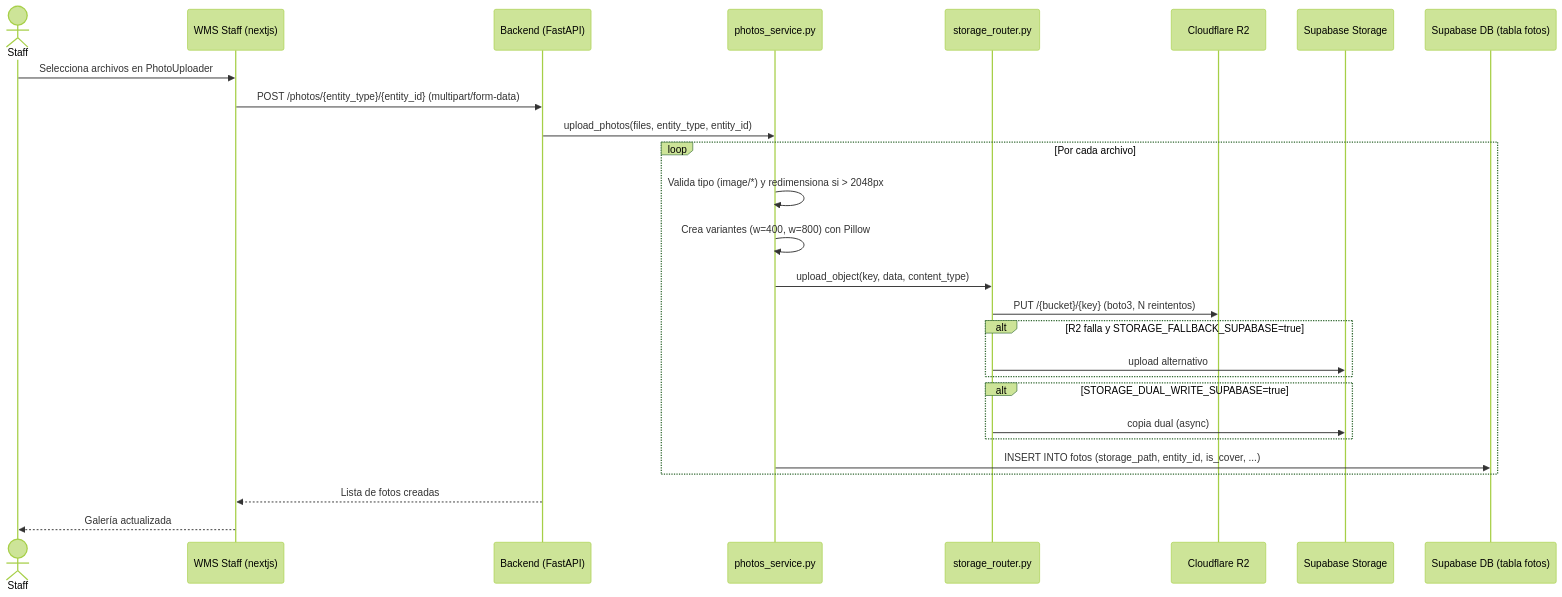
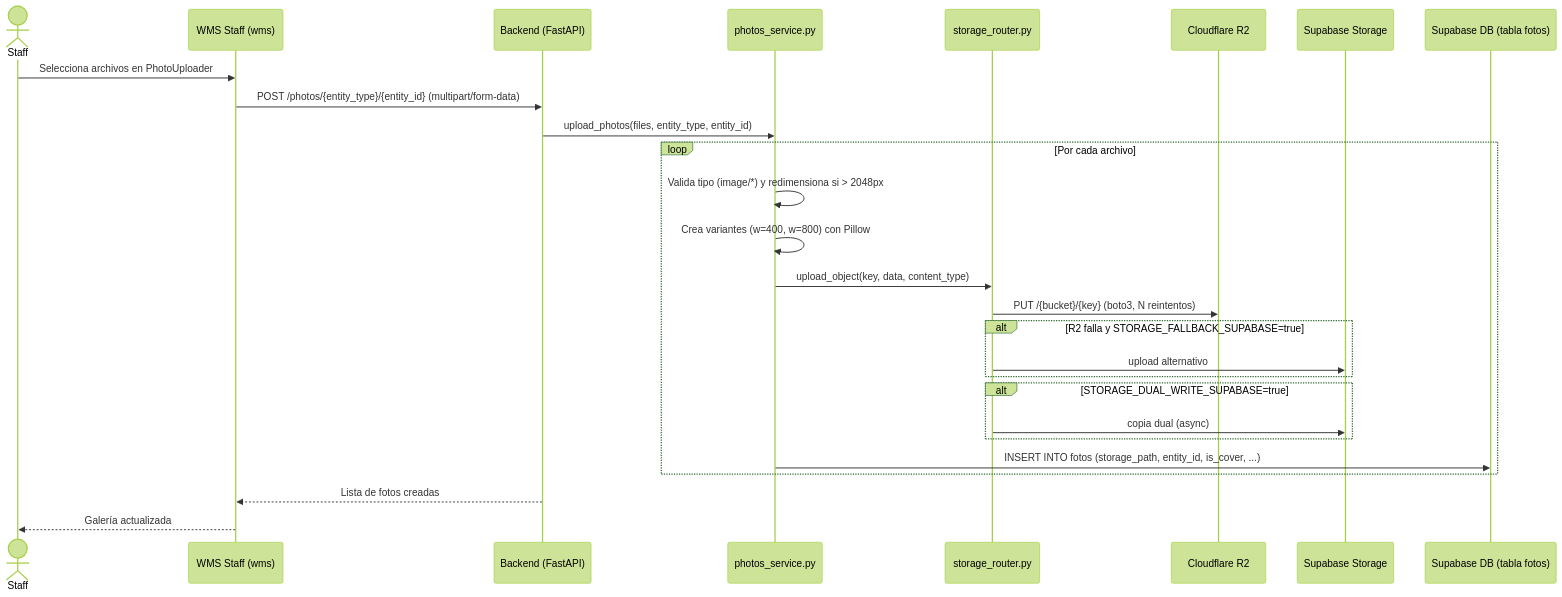
Before and after one commit to felicanales/CactarioCasaMolle: the seventh of 7 diagrams in docs/architecture.md, drawn with Mermaid (forest theme). The commit also changed 133 other files, not shown here.

````diff
--- a/docs/architecture.md
+++ b/docs/architecture.md
@@ -239,32 +239,32 @@
 ```mermaid
 sequenceDiagram
   actor Staff
-  participant WMS as WMS Staff (nextjs)
+  participant WMS as WMS Staff (wms)
   participant API as Backend (FastAPI)
   participant Photos as photos_service.py
   participant Storage as storage_router.py
   participant R2 as Cloudflare R2
   participant Supabase_S as Supabase Storage
   participant DB as Supabase DB (tabla fotos)
 
   Staff->>WMS: Selecciona archivos en PhotoUploader
   WMS->>API: POST /photos/{entity_type}/{entity_id} (multipart/form-data)
   API->>Photos: upload_photos(files, entity_type, entity_id)
 
   loop Por cada archivo
     Photos->>Photos: Valida tipo (image/*) y redimensiona si > 2048px
     Photos->>Photos: Crea variantes (w=400, w=800) con Pillow
     Photos->>Storage: upload_object(key, data, content_type)
     Storage->>R2: PUT /{bucket}/{key} (boto3, N reintentos)
     alt R2 falla y STORAGE_FALLBACK_SUPABASE=true
       Storage->>Supabase_S: upload alternativo
     end
     alt STORAGE_DUAL_WRITE_SUPABASE=true
       Storage->>Supabase_S: copia dual (async)
     end
     Photos->>DB: INSERT INTO fotos (storage_path, entity_id, is_cover, ...)
   end
 
   API-->>WMS: Lista de fotos creadas
   WMS-->>Staff: Galería actualizada
 ```
````
